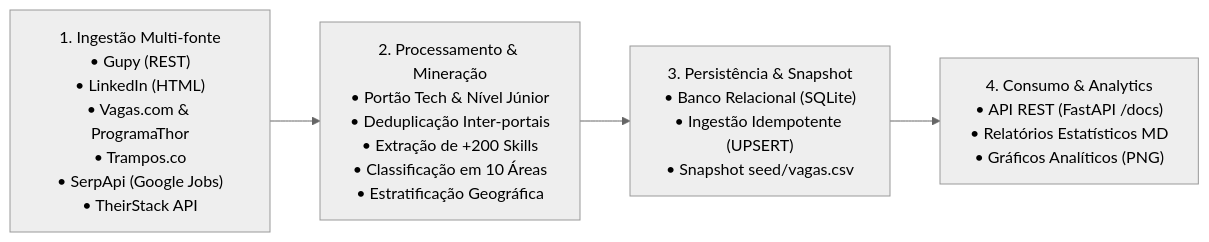
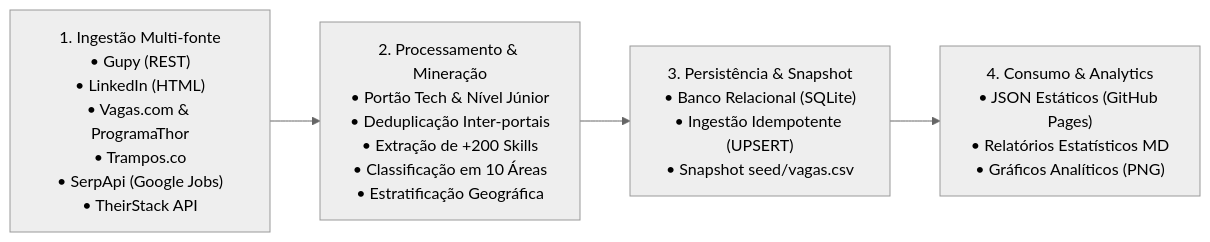
Before and after one commit to diasgarcia/tech-skills-br: the diagram in docs/arquitetura_tecnica.md, drawn with Mermaid (neutral theme). The commit also changed other lines of this file and 2 other files, not shown here.

First line of the commit message:
docs: atualiza documentacao para o modelo so com JSON estaticos

````diff
--- a/docs/arquitetura_tecnica.md
+++ b/docs/arquitetura_tecnica.md
@@ -11,6 +11,6 @@
 ```mermaid
 flowchart LR
     A["1. Ingestão Multi-fonte<br>• Gupy (REST)<br>• LinkedIn (HTML)<br>• Vagas.com & ProgramaThor<br>• Trampos.co<br>• SerpApi (Google Jobs)<br>• TheirStack API"] --> B["2. Processamento & Mineração<br>• Portão Tech & Nível Júnior<br>• Deduplicação Inter-portais<br>• Extração de +200 Skills<br>• Classificação em 10 Áreas<br>• Estratificação Geográfica"]
     B --> C["3. Persistência & Snapshot<br>• Banco Relacional (SQLite)<br>• Ingestão Idempotente (UPSERT)<br>• Snapshot seed/vagas.csv"]
-    C --> D["4. Consumo & Analytics<br>• API REST (FastAPI /docs)<br>• Relatórios Estatísticos MD<br>• Gráficos Analíticos (PNG)"]
+    C --> D["4. Consumo & Analytics<br>• JSON Estáticos (GitHub Pages)<br>• Relatórios Estatísticos MD<br>• Gráficos Analíticos (PNG)"]
 ```
````
